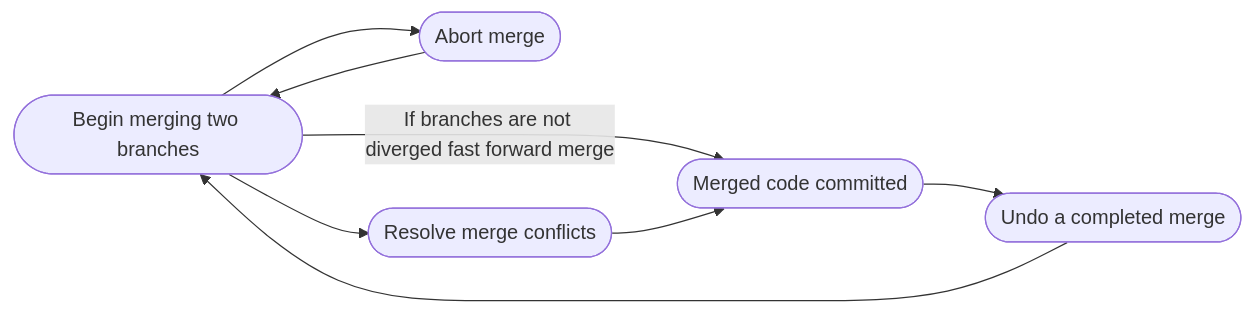
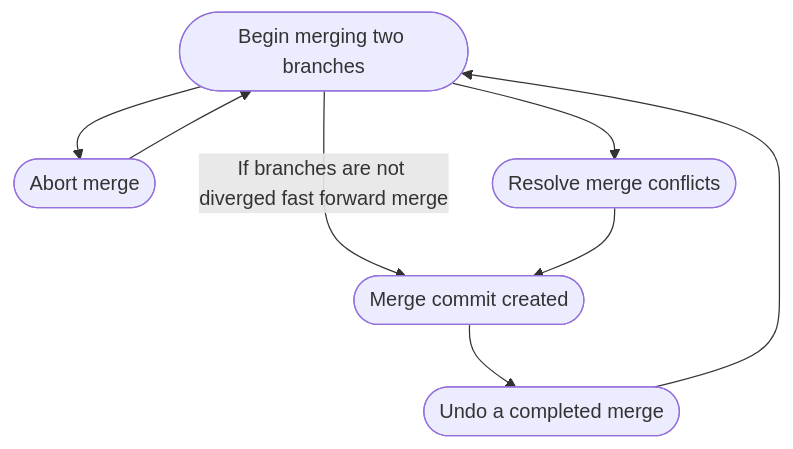
The diagram in gitref/branching/merging.md (xcomfan/xcomfan.github.io), drawn with Mermaid before and after one commit. The commit also changed 3 other files, not shown here.

```diff
--- a/gitref/branching/merging.md
+++ b/gitref/branching/merging.md
@@ -9,22 +9,22 @@
 {% mermaid %}
- flowchart LR
+ flowchart TD
     start([Begin merging two branches])
     abort([Abort merge])
     resolve([Resolve merge conflicts])
     undo([Undo a completed merge])
-    finish([Merged code committed])
+    finish([Merge commit created])
     
     start-->abort
     start-->resolve
     start-->|If branches are not diverged fast forward merge|finish
     abort-->start
     undo-->start
     resolve-->finish
     finish-->undo
 
     click start "{% link gitref/branching/starting_merge.md %}"
     click abort "{% link gitref/branching/abort_merge.md %}"
     click resolve "{% link gitref/branching/resolving_merge_conflicts.md %}"
     click undo "{% link gitref/branching/undoing_merge.md %}"
 
 {% endmermaid %}
```
